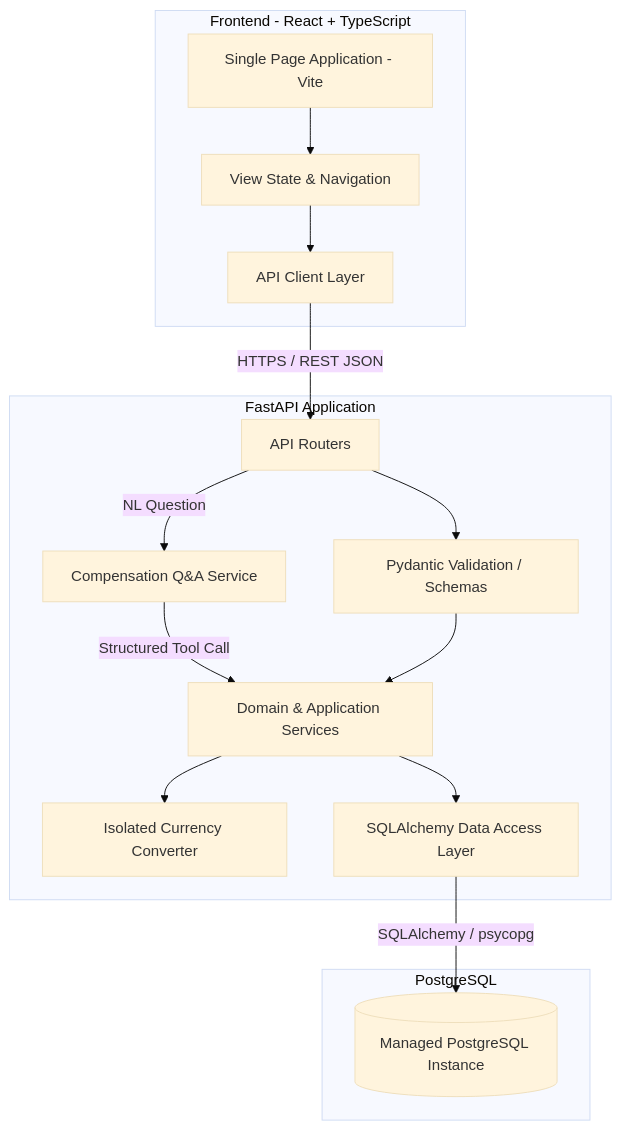
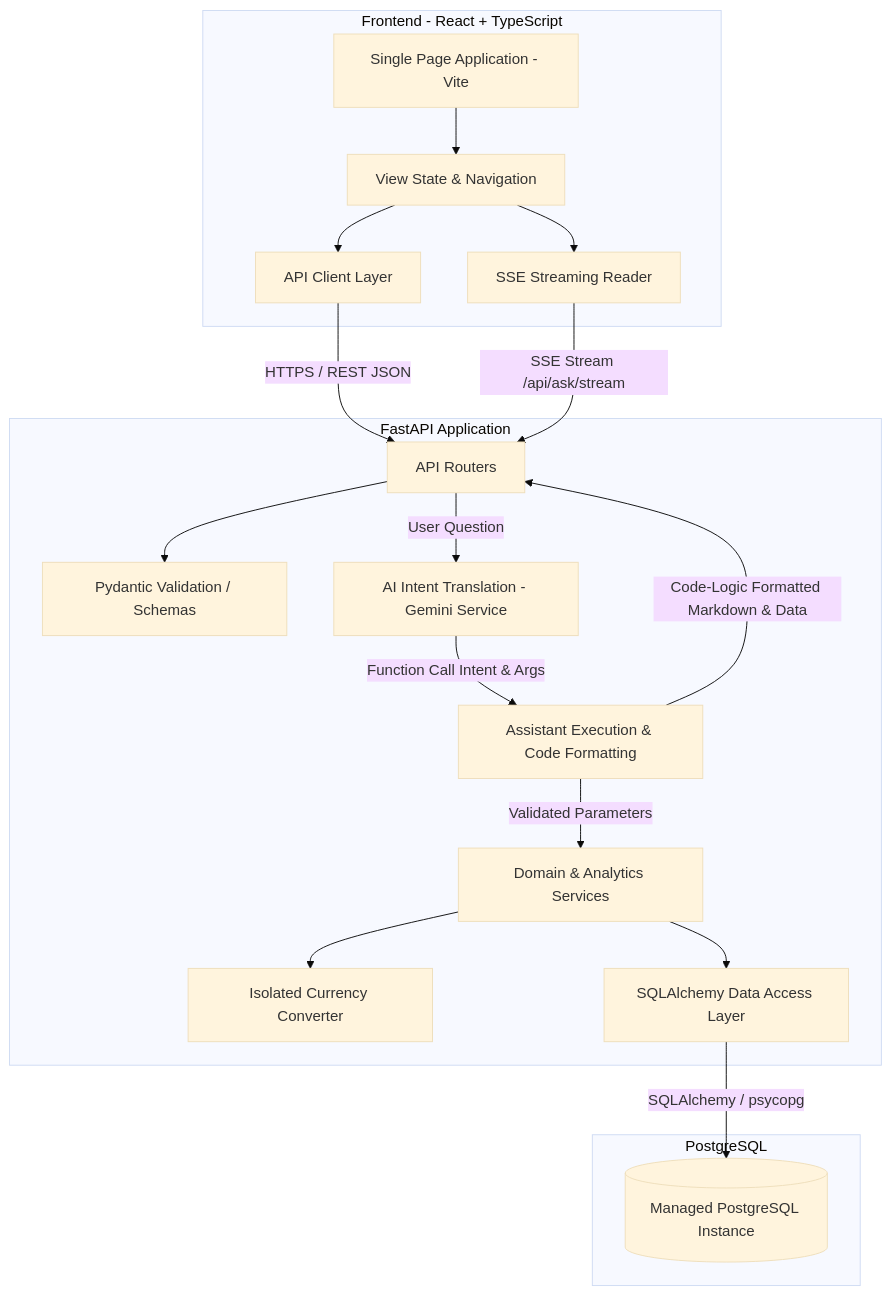
One commit to RitAce31/salary-management changed the first of 3 diagrams in docs/architecture.md. Above: the diagram before and after it, drawn with Mermaid (base theme). The commit also changed other lines of this file and 5 other files, not shown here.

````diff
--- a/docs/architecture.md
+++ b/docs/architecture.md
@@ -25,32 +26,37 @@
 ```mermaid
 graph TD
     subgraph Client [Frontend - React + TypeScript]
         SPA[Single Page Application - Vite]
         State[View State & Navigation]
         ClientAPI[API Client Layer]
+        SSEClient[SSE Streaming Reader]
     end
 
     subgraph Backend [FastAPI Application]
         Router[API Routers]
         Schemas[Pydantic Validation / Schemas]
-        AIService[Compensation Q&A Service]
-        Services[Domain & Application Services]
+        AIService[AI Intent Translation - Gemini Service]
+        AssistantService[Assistant Execution & Code Formatting]
+        Services[Domain & Analytics Services]
         CurrencyService[Isolated Currency Converter]
         Repo[SQLAlchemy Data Access Layer]
     end
 
     subgraph Database [PostgreSQL]
         PG[(Managed PostgreSQL Instance)]
     end
 
     SPA --> State
     State --> ClientAPI
+    State --> SSEClient
     ClientAPI -->|HTTPS / REST JSON| Router
+    SSEClient -->|SSE Stream /api/ask/stream| Router
     Router --> Schemas
-    Router -->|NL Question| AIService
-    AIService -->|Structured Tool Call| Services
-    Schemas --> Services
+    Router -->|User Question| AIService
+    AIService -->|Function Call Intent & Args| AssistantService
+    AssistantService -->|Validated Parameters| Services
     Services --> CurrencyService
     Services --> Repo
     Repo -->|SQLAlchemy / psycopg| PG
+    AssistantService -->|Code-Logic Formatted Markdown & Data| Router
 ```
````
